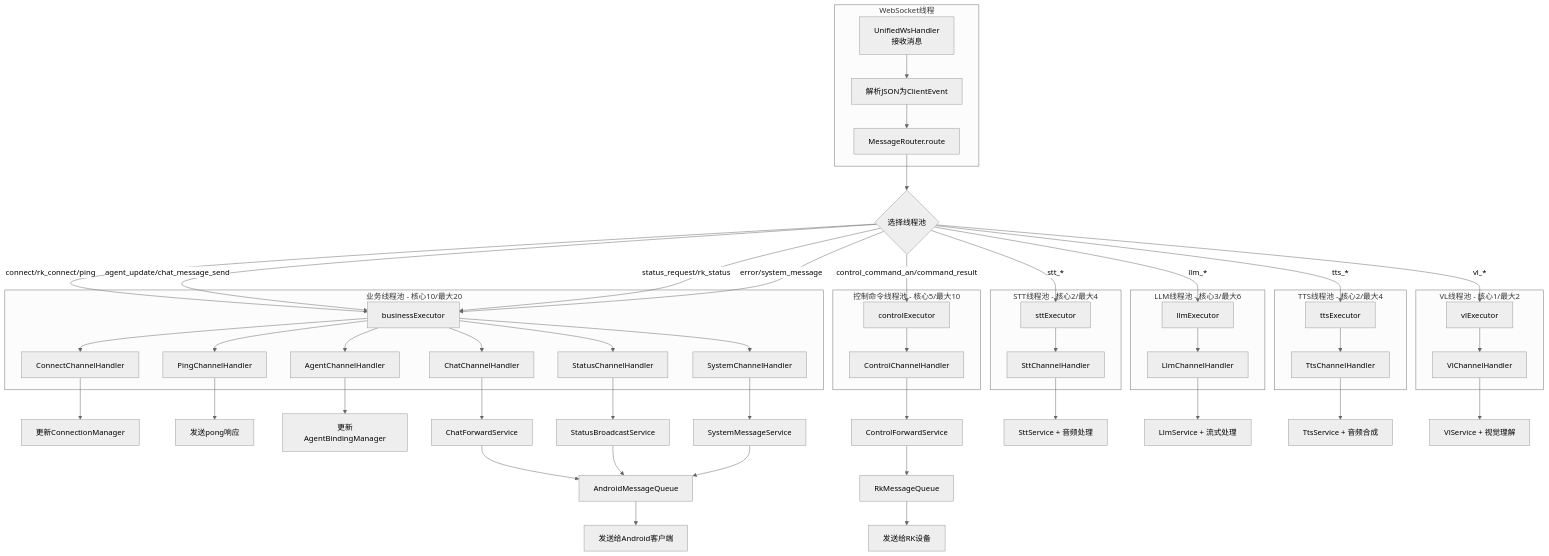
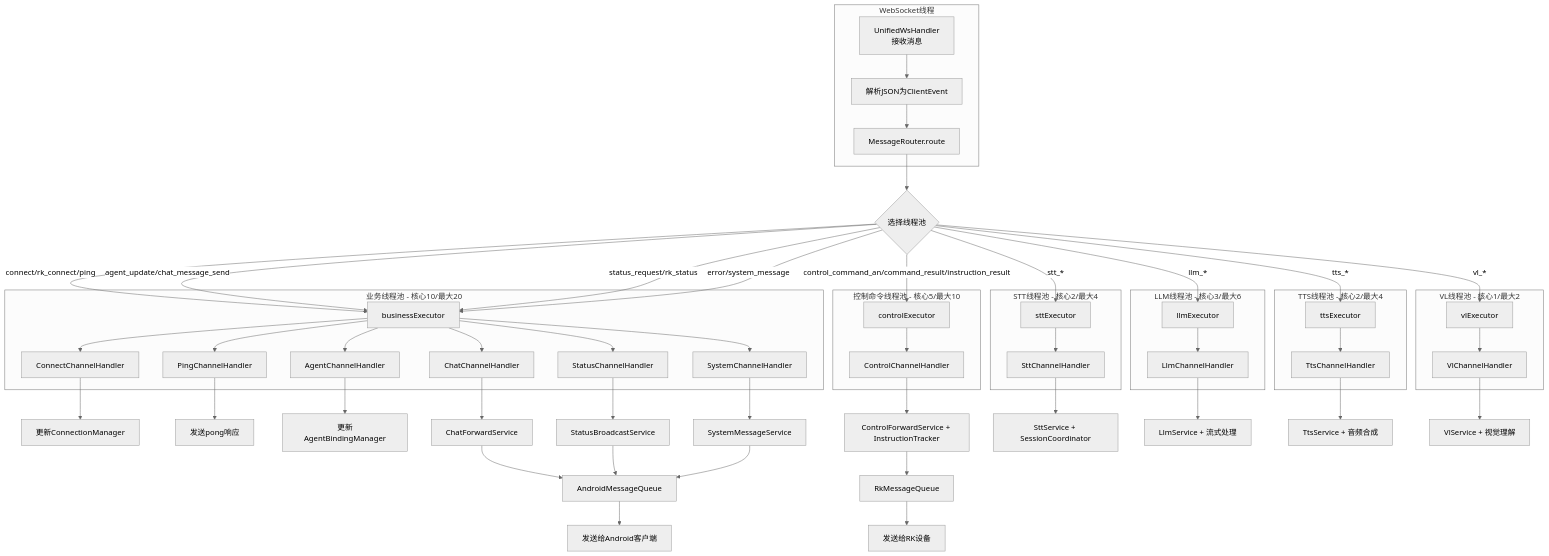
One commit to nangong918/magic-vector changed the ninth of 18 diagrams in cursor/WS重构.md. Above: the diagram before and after it, drawn with Mermaid (neutral theme). The commit also changed other lines of this file, not shown here.

Commit message:
deepseek: ws重构状态机状态图

````diff
--- a/cursor/WS重构.md
+++ b/cursor/WS重构.md
@@ -900,68 +904,68 @@
 ```mermaid
 flowchart TB
     subgraph WebSocket线程
         A[UnifiedWsHandler<br/>接收消息] --> B[解析JSON为ClientEvent]
         B --> C[MessageRouter.route]
     end
-    
+
     C --> D{选择线程池}
-    
+
     D -->|connect/rk_connect/ping| E[businessExecutor]
     D -->|agent_update/chat_message_send| E
-    D -->|control_command_an/command_result| F[controlExecutor]
+    D -->|control_command_an/command_result/instruction_result| F[controlExecutor]
     D -->|stt_*| G[sttExecutor]
     D -->|llm_*| H[llmExecutor]
     D -->|tts_*| I[ttsExecutor]
     D -->|vl_*| J[vlExecutor]
     D -->|status_request/rk_status| E
     D -->|error/system_message| E
-    
+
     subgraph businessExecutor [业务线程池 - 核心10/最大20]
         E --> K[ConnectChannelHandler]
         E --> L[PingChannelHandler]
         E --> M[AgentChannelHandler]
         E --> N[ChatChannelHandler]
         E --> O[StatusChannelHandler]
         E --> P[SystemChannelHandler]
     end
-    
+
     subgraph controlExecutor [控制命令线程池 - 核心5/最大10]
         F --> Q[ControlChannelHandler]
     end
-    
+
     subgraph sttExecutor [STT线程池 - 核心2/最大4]
         G --> R[SttChannelHandler]
     end
-    
+
     subgraph llmExecutor [LLM线程池 - 核心3/最大6]
         H --> S[LlmChannelHandler]
     end
-    
+
     subgraph ttsExecutor [TTS线程池 - 核心2/最大4]
         I --> T[TtsChannelHandler]
     end
-    
+
     subgraph vlExecutor [VL线程池 - 核心1/最大2]
         J --> U[VlChannelHandler]
     end
-    
+
     K --> V[更新ConnectionManager]
     L --> W[发送pong响应]
     M --> X[更新AgentBindingManager]
     N --> Y[ChatForwardService]
     O --> Z[StatusBroadcastService]
     P --> AA[SystemMessageService]
-    Q --> AB[ControlForwardService]
-    R --> AC[SttService + 音频处理]
+    Q --> AB[ControlForwardService + InstructionTracker]
+    R --> AC[SttService + SessionCoordinator]
     S --> AD[LlmService + 流式处理]
     T --> AE[TtsService + 音频合成]
     U --> AF[VlService + 视觉理解]
-    
+
     Y --> AG[AndroidMessageQueue]
     Z --> AG
     AA --> AG
     AB --> AH[RkMessageQueue]
-    
+
     AG --> AI[发送给Android客户端]
     AH --> AJ[发送给RK设备]
 ```
````
